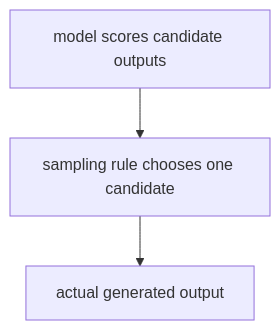
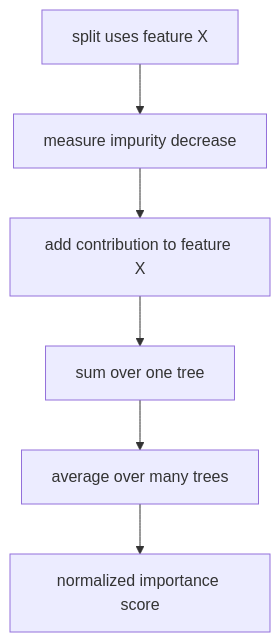
Before and after one commit to devchan64/AiBook: the first of 2 diagrams in docs/parts/part-04/chapter-15/section-02.md, drawn with Mermaid. The commit also changed other lines of this file and 213 other files, not shown here.

````diff
--- a/docs/parts/part-04/chapter-15/section-02.md
+++ b/docs/parts/part-04/chapter-15/section-02.md
@@ -130,9 +94,11 @@
 ```mermaid
 flowchart TD
-  A["model scores candidate outputs"]
-  B["sampling rule chooses one candidate"]
-  C["actual generated output"]
+  A["split uses feature X"]
+  B["measure impurity decrease"]
+  C["add contribution to feature X"]
+  D["sum over one tree"]
+  E["average over many trees"]
+  F["normalized importance score"]
 
-  A --> B
-  B --> C
+  A --> B --> C --> D --> E --> F
 ```
````
